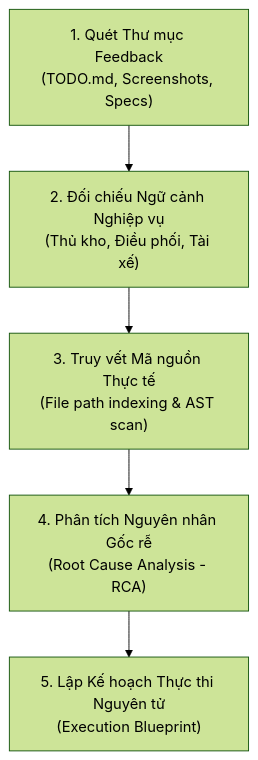
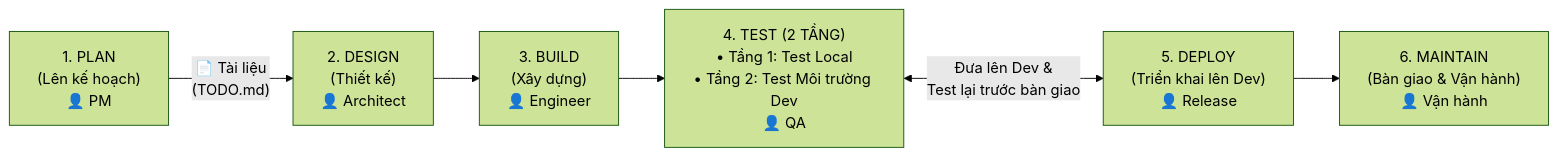
One commit to lyquangthai1993/logistics-website changed the first of 2 diagrams in .agents/skills/todo-agent/SKILL.md. Above: the diagram before and after it, drawn with Mermaid (forest theme). The commit also changed other lines of this file and 3 other files, not shown here.

````diff
--- a/.agents/skills/todo-agent/SKILL.md
+++ b/.agents/skills/todo-agent/SKILL.md
@@ -156,7 +37,8 @@
 ```mermaid
-flowchart TD
-    A["1. Quét Thư mục Feedback<br>(TODO.md, Screenshots, Specs)"] --> B["2. Đối chiếu Ngữ cảnh Nghiệp vụ<br>(Thủ kho, Điều phối, Tài xế)"]
-    B --> C["3. Truy vết Mã nguồn Thực tế<br>(File path indexing & AST scan)"]
-    C --> D["4. Phân tích Nguyên nhân Gốc rễ<br>(Root Cause Analysis - RCA)"]
-    D --> E["5. Lập Kế hoạch Thực thi Nguyên tử<br>(Execution Blueprint)"]
+flowchart LR
+    S1["1. PLAN<br>(Lên kế hoạch)<br>👤 PM"] -- "📄 Tài liệu<br>(TODO.md)" --> S2["2. DESIGN<br>(Thiết kế)<br>👤 Architect"]
+    S2 --> S3["3. BUILD<br>(Xây dựng)<br>👤 Engineer"]
+    S3 --> S4["4. TEST (2 TẦNG)<br>• Tầng 1: Test Local<br>• Tầng 2: Test Môi trường Dev<br>👤 QA"]
+    S4 <-->|"Đưa lên Dev &<br>Test lại trước bàn giao"| S5["5. DEPLOY<br>(Triển khai lên Dev)<br>👤 Release"]
+    S5 --> S6["6. MAINTAIN<br>(Bàn giao & Vận hành)<br>👤 Vận hành"]
 ```
````
